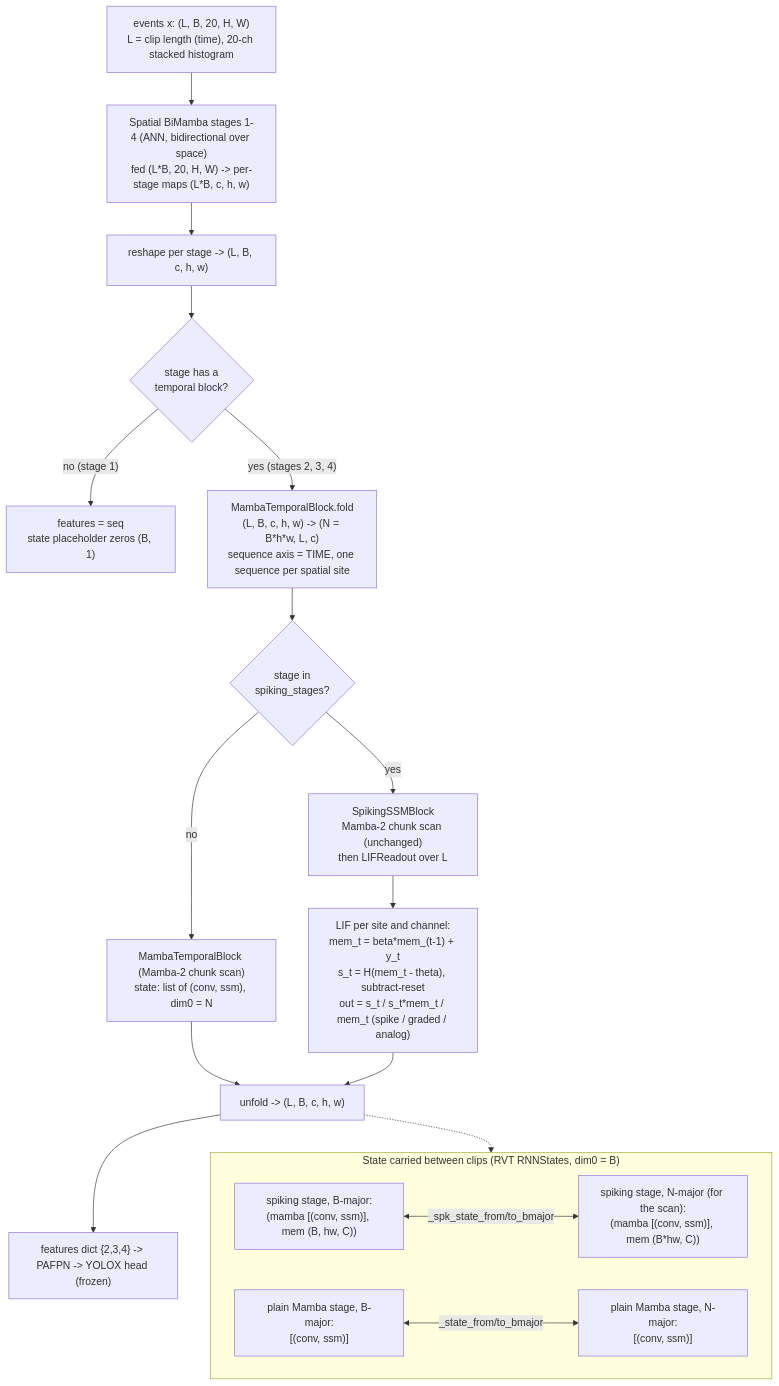
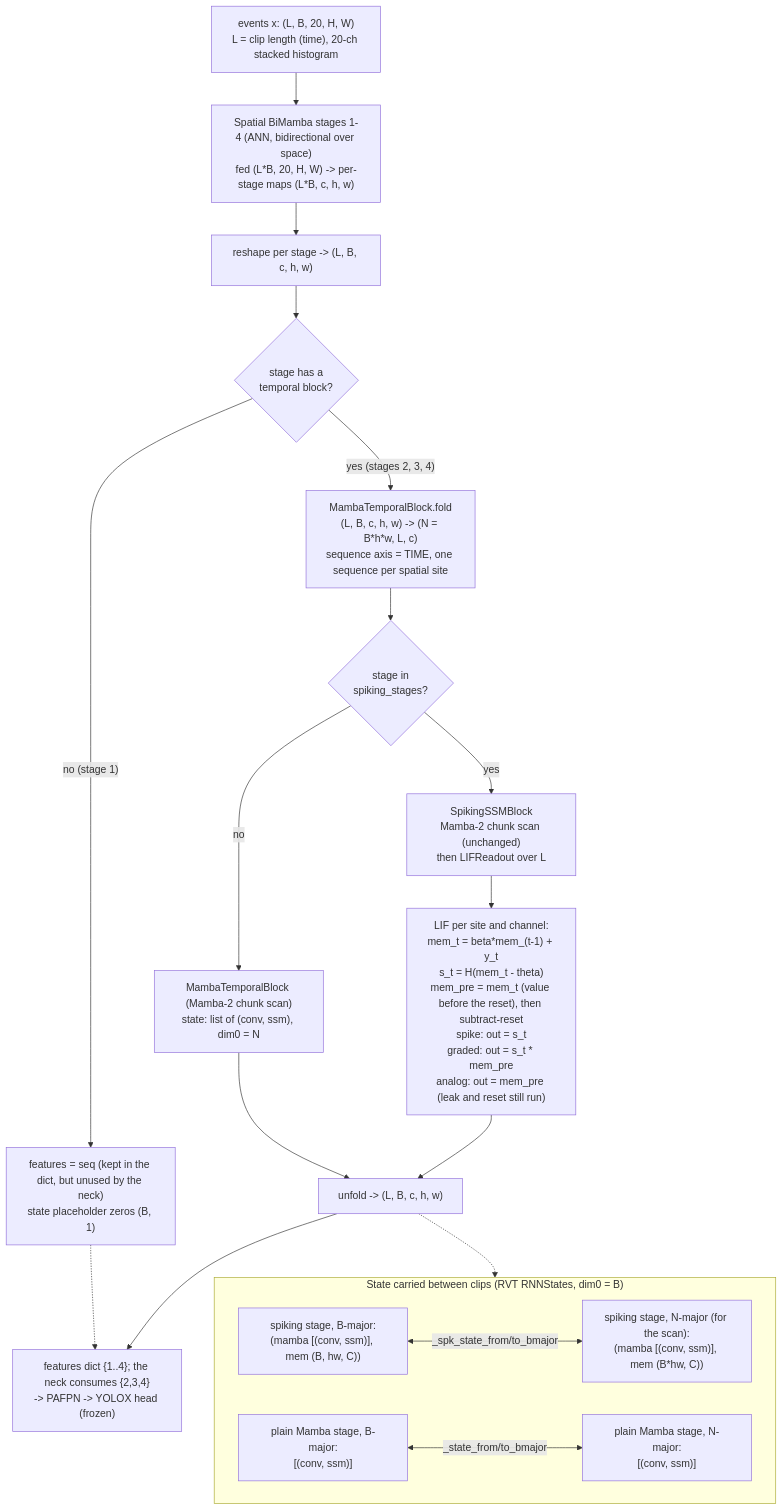
Before and after one commit to Ghost159915/thesis-ssm-event-cameras: the diagram in docs/notes/Stage18_integration_notes.md, drawn with Mermaid. The commit also changed other lines of this file and 3 other files, not shown here.

Commit message:
docs: Stage 18 notes — accuracy fixes (D3/D5), stale analog wording

````diff
--- a/docs/notes/Stage18_integration_notes.md
+++ b/docs/notes/Stage18_integration_notes.md
@@ -43,27 +43,28 @@
 ```mermaid
 flowchart TB
     X["events x: (L, B, 20, H, W)<br/>L = clip length (time), 20-ch stacked histogram"]
     X --> SP["Spatial BiMamba stages 1-4 (ANN, bidirectional over space)<br/>fed (L*B, 20, H, W) -> per-stage maps (L*B, c, h, w)"]
     SP --> RS["reshape per stage -> (L, B, c, h, w)"]
     RS --> Q{"stage has a<br/>temporal block?"}
-    Q -- "no (stage 1)" --> PH["features = seq<br/>state placeholder zeros (B, 1)"]
+    Q -- "no (stage 1)" --> PH["features = seq (kept in the dict, but unused by the neck)<br/>state placeholder zeros (B, 1)"]
     Q -- "yes (stages 2, 3, 4)" --> FOLD["MambaTemporalBlock.fold<br/>(L, B, c, h, w) -> (N = B*h*w, L, c)<br/>sequence axis = TIME, one sequence per spatial site"]
     FOLD --> S2{"stage in<br/>spiking_stages?"}
     S2 -- "no" --> MB["MambaTemporalBlock (Mamba-2 chunk scan)<br/>state: list of (conv, ssm), dim0 = N"]
     S2 -- "yes" --> SB["SpikingSSMBlock<br/>Mamba-2 chunk scan (unchanged)<br/>then LIFReadout over L"]
-    SB --> LIF["LIF per site and channel:<br/>mem_t = beta*mem_(t-1) + y_t<br/>s_t = H(mem_t - theta), subtract-reset<br/>out = s_t / s_t*mem_t / mem_t (spike / graded / analog)"]
+    SB --> LIF["LIF per site and channel:<br/>mem_t = beta*mem_(t-1) + y_t<br/>s_t = H(mem_t - theta)<br/>mem_pre = mem_t (value before the reset), then subtract-reset<br/>spike: out = s_t<br/>graded: out = s_t * mem_pre<br/>analog: out = mem_pre (leak and reset still run)"]
     MB --> UF["unfold -> (L, B, c, h, w)"]
     LIF --> UF
-    UF --> FEAT["features dict {2,3,4} -> PAFPN -> YOLOX head (frozen)"]
+    UF --> FEAT["features dict {1..4}; the neck consumes {2,3,4}<br/>-> PAFPN -> YOLOX head (frozen)"]
+    PH -.-> FEAT
 
     subgraph STATE["State carried between clips (RVT RNNStates, dim0 = B)"]
         direction LR
         SB_B["spiking stage, B-major:<br/>(mamba [(conv, ssm)], mem (B, hw, C))"]
         SB_N["spiking stage, N-major (for the scan):<br/>(mamba [(conv, ssm)], mem (B*hw, C))"]
         MB_B["plain Mamba stage, B-major:<br/>[(conv, ssm)]"]
         MB_N["plain Mamba stage, N-major:<br/>[(conv, ssm)]"]
         SB_B <-->|"_spk_state_from/to_bmajor"| SB_N
         MB_B <-->|"_state_from/to_bmajor"| MB_N
     end
     UF -.-> STATE
 ```
````
